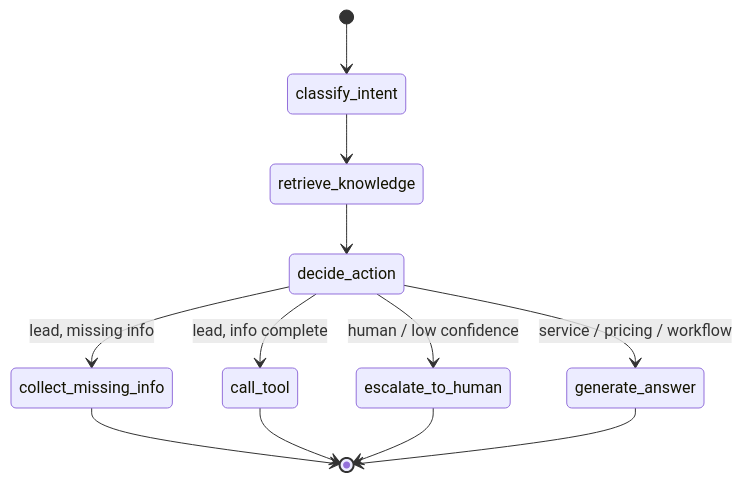
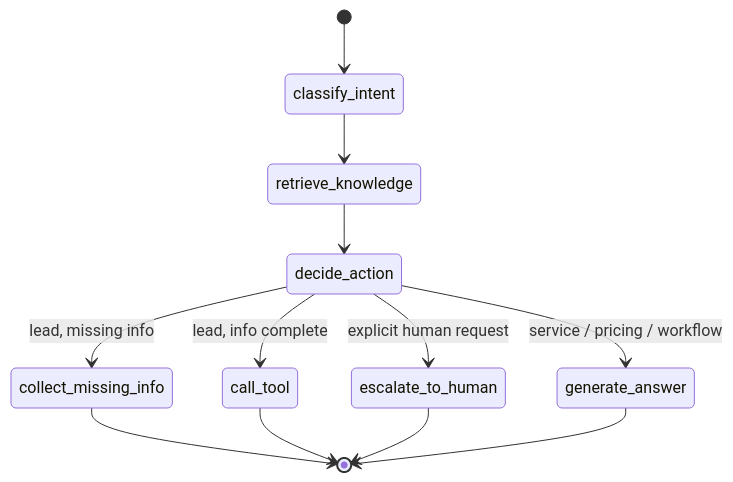
The second of 2 diagrams in README.md (HullyMully/ai-marketing-agent-rag-langgraph), drawn with Mermaid before and after one commit. The commit also changed other lines of this file and 25 other files, not shown here.

Commit message:
Improve real agent conversation flow

````diff
--- a/README.md
+++ b/README.md
@@ -141,14 +142,14 @@
 ```mermaid
 stateDiagram-v2
     [*] --> classify_intent
     classify_intent --> retrieve_knowledge
     retrieve_knowledge --> decide_action
-    decide_action --> escalate_to_human: human / low confidence
+    decide_action --> escalate_to_human: explicit human request
     decide_action --> collect_missing_info: lead, missing info
     decide_action --> call_tool: lead, info complete
     decide_action --> generate_answer: service / pricing / workflow
     collect_missing_info --> [*]
     call_tool --> [*]
     escalate_to_human --> [*]
     generate_answer --> [*]
 ```
````
